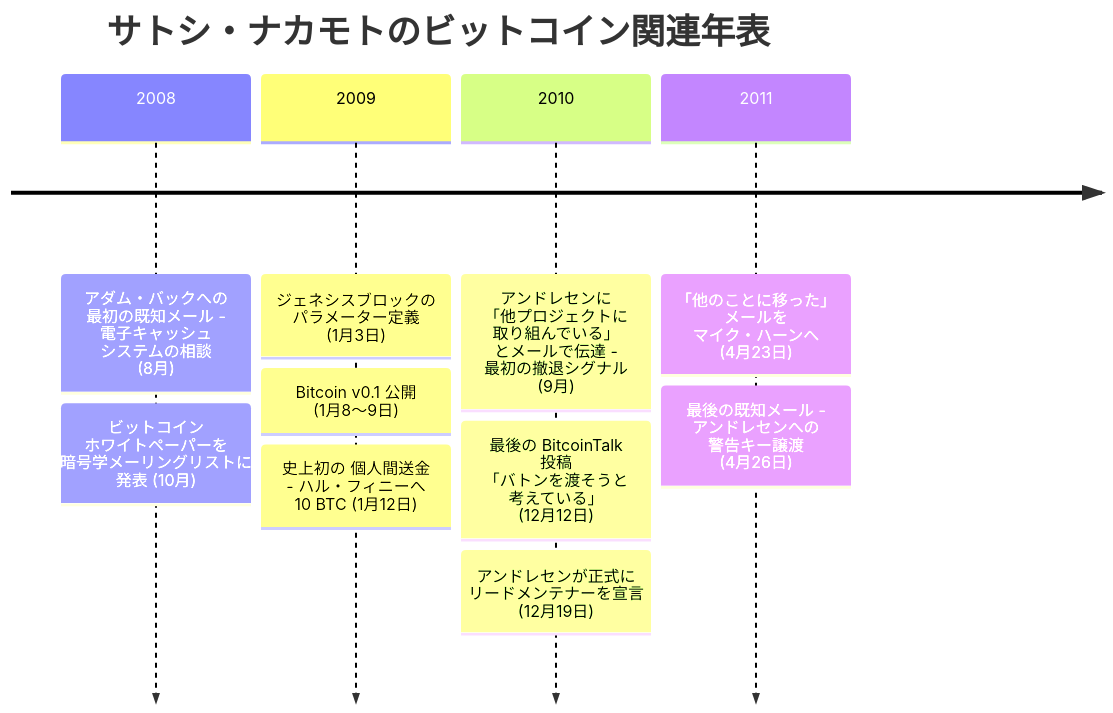
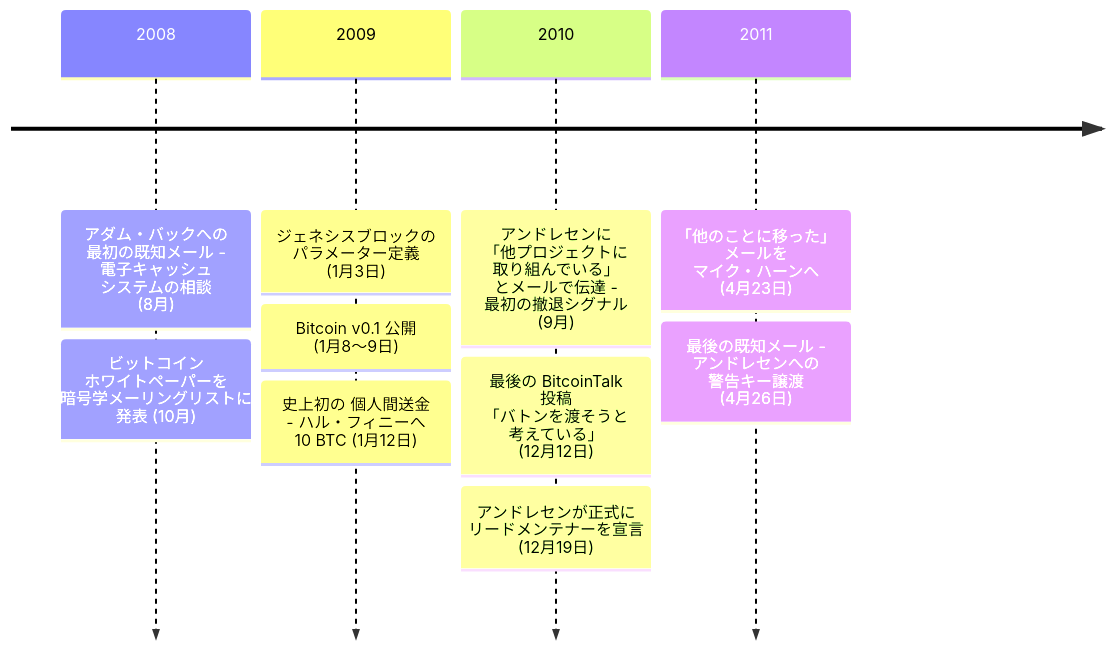
The diagram in src/data/translations/ja/aftermath/2008-10-31-satoshi-nakamoto-biography.md (cypher256/BitcoinArchive), drawn with Mermaid before and after one commit. The commit also changed other lines of this file and 50 other files, not shown here.

````diff
--- a/src/data/translations/ja/aftermath/2008-10-31-satoshi-nakamoto-biography.md
+++ b/src/data/translations/ja/aftermath/2008-10-31-satoshi-nakamoto-biography.md
@@ -60,14 +62,13 @@
 ```mermaid
 timeline
-    title サトシ・ナカモトのビットコイン関連年表
     2008 : アダム・バックへの 最初の既知メール - 電子キャッシュ システムの相談 (8月)
          : ビットコイン ホワイトペーパーを 暗号学メーリングリストに 発表 (10月)
     2009 : ジェネシスブロックの パラメーター定義 (1月3日)
          : Bitcoin v0.1 公開 (1月8〜9日)
          : 史上初の 個人間送金 - ハル・フィニーへ 10 BTC (1月12日)
     2010 : アンドレセンに 「他プロジェクトに 取り組んでいる」 とメールで伝達 - 最初の撤退シグナル (9月)
          : 最後の BitcoinTalk 投稿 「バトンを渡そうと 考えている」 (12月12日)
          : アンドレセンが正式に リードメンテナーを宣言 (12月19日)
     2011 : 「他のことに移った」 メールを マイク・ハーンへ (4月23日)
          : 最後の既知メール - アンドレセンへの 警告キー譲渡 (4月26日)
 ```
````
